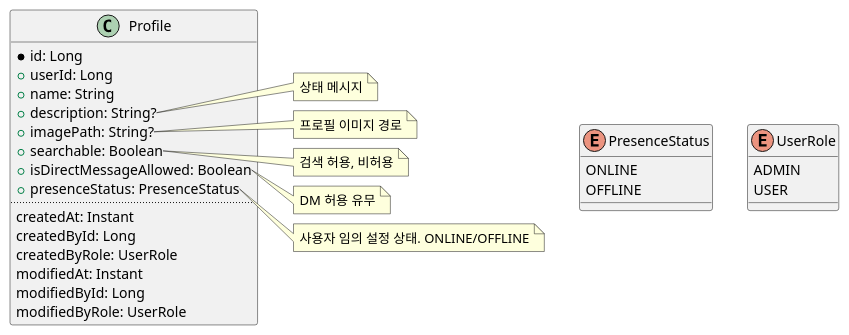
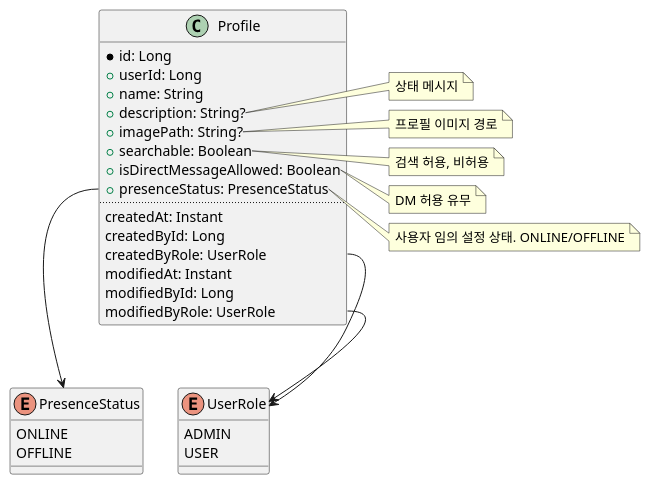
Before and after one commit to sweav-org/sweav-uml: the diagram in class/social/profile.puml, drawn with PlantUML. The commit also changed 1 other file, not shown here.

Commit message:
Relationship 클래스 다이어그램 추가

```diff
--- a/class/social/profile.puml
+++ b/class/social/profile.puml
@@ -1,56 +1,61 @@
 @startuml
 'https://plantuml.com/class-diagram
 
 class Profile {
   *id: Long
   +userId: Long
   +name: String
   +description: String?
   +imagePath: String?
   +searchable: Boolean
   +isDirectMessageAllowed: Boolean
   +presenceStatus: PresenceStatus
   ..
   createdAt: Instant
   createdById: Long
   createdByRole: UserRole
   modifiedAt: Instant
   modifiedById: Long
   modifiedByRole: UserRole
 }
 
 note right of Profile::description
   상태 메시지
 end note
 
 note right of Profile::imagePath
   프로필 이미지 경로
 end note
 
 note right of Profile::searchable
   검색 허용, 비허용
 end note
 
 note right of Profile::isDirectMessageAllowed
   DM 허용 유무
 end note
 
 note right of Profile::presenceStatus
   사용자 임의 설정 상태. ONLINE/OFFLINE
 end note
 
 note right of Profile::searchable
   검색 허용, 비허용
 end note
 
 enum PresenceStatus {
   ONLINE
   OFFLINE
 }
 
 enum UserRole {
   ADMIN
   USER
 }
 
+Profile::presenceStatus --> PresenceStatus
+
+Profile::createdByRole --> UserRole
+Profile::modifiedByRole --> UserRole
+
 @enduml
```
